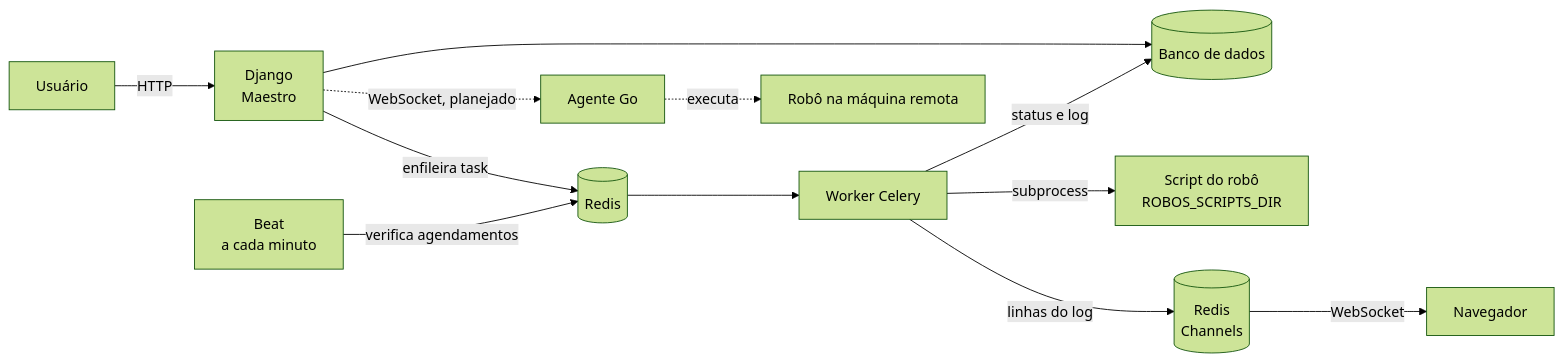
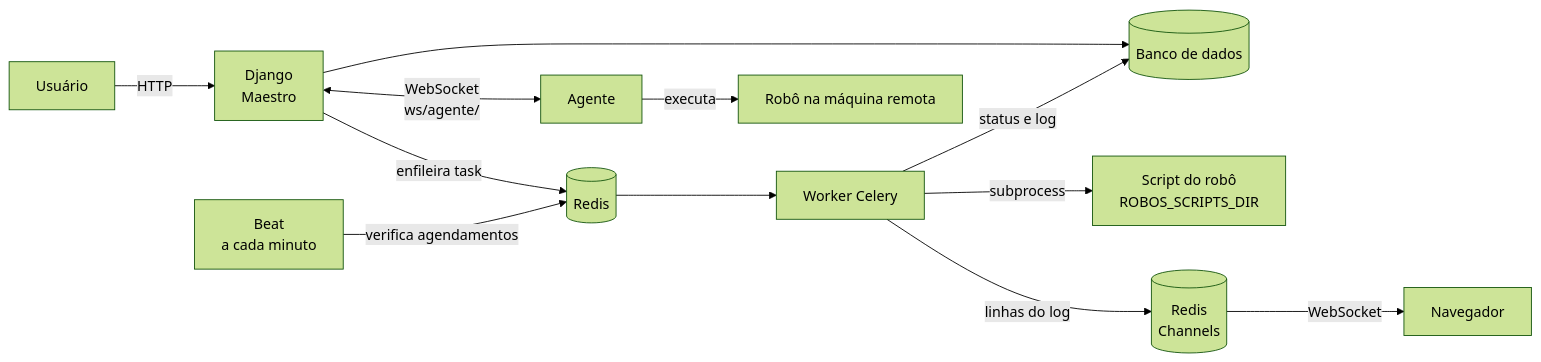
Before and after one commit to Zavan7/maestro-zavan: the diagram in README.md, drawn with Mermaid (forest theme). The commit also changed other lines of this file and 48 other files, not shown here.

````diff
--- a/README.md
+++ b/README.md
@@ -65,14 +67,14 @@
 ```mermaid
 flowchart LR
     U[Usuário] -->|HTTP| D[Django<br/>Maestro]
     D --> DB[(Banco de dados)]
     D -->|enfileira task| R[(Redis)]
     B[Beat<br/>a cada minuto] -->|verifica agendamentos| R
     R --> W[Worker Celery]
     W -->|subprocess| S[Script do robô<br/>ROBOS_SCRIPTS_DIR]
     W -->|status e log| DB
     W -->|linhas do log| C[(Redis<br/>Channels)]
     C -->|WebSocket| N[Navegador]
-    D -. WebSocket, planejado .-> A[Agente Go]
-    A -. executa .-> S2[Robô na máquina remota]
+    D <-->|WebSocket<br/>ws/agente/| A[Agente]
+    A -->|executa| S2[Robô na máquina remota]
 ```
````
